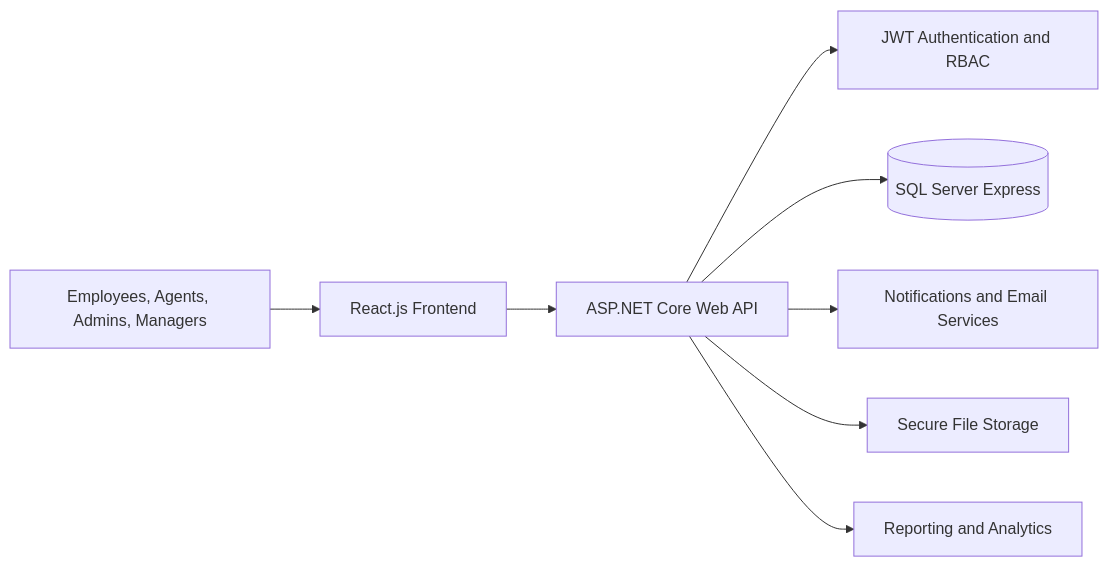
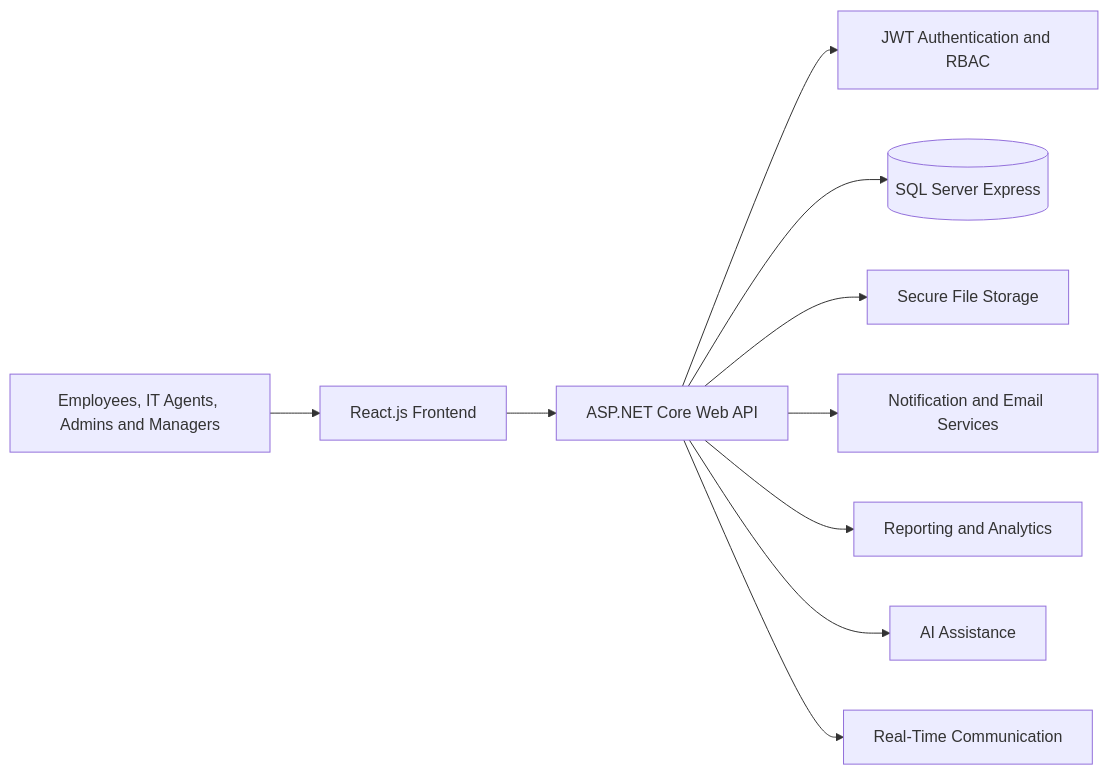
Before and after one commit to fatimaghannam/ResolveHub: the second of 2 diagrams in README.md, drawn with Mermaid. The commit also changed other lines of this file, not shown here.

````diff
--- a/README.md
+++ b/README.md
@@ -148,10 +368,23 @@
 ```mermaid
 flowchart LR
-    U[Employees, Agents, Admins, Managers] --> F[React.js Frontend]
-    F --> A[ASP.NET Core Web API]
-    A --> S[JWT Authentication and RBAC]
-    A --> D[(SQL Server Express)]
-    A --> N[Notifications and Email Services]
-    A --> X[Secure File Storage]
-    A --> R[Reporting and Analytics]
+    U[Employees, IT Agents, Admins and Managers]
+    F[React.js Frontend]
+    A[ASP.NET Core Web API]
+    AUTH[JWT Authentication and RBAC]
+    DB[(SQL Server Express)]
+    FILES[Secure File Storage]
+    NOTIFY[Notification and Email Services]
+    REPORTS[Reporting and Analytics]
+    AI[AI Assistance]
+    CHAT[Real-Time Communication]
+
+    U --> F
+    F --> A
+    A --> AUTH
+    A --> DB
+    A --> FILES
+    A --> NOTIFY
+    A --> REPORTS
+    A --> AI
+    A --> CHAT
 ```
````
